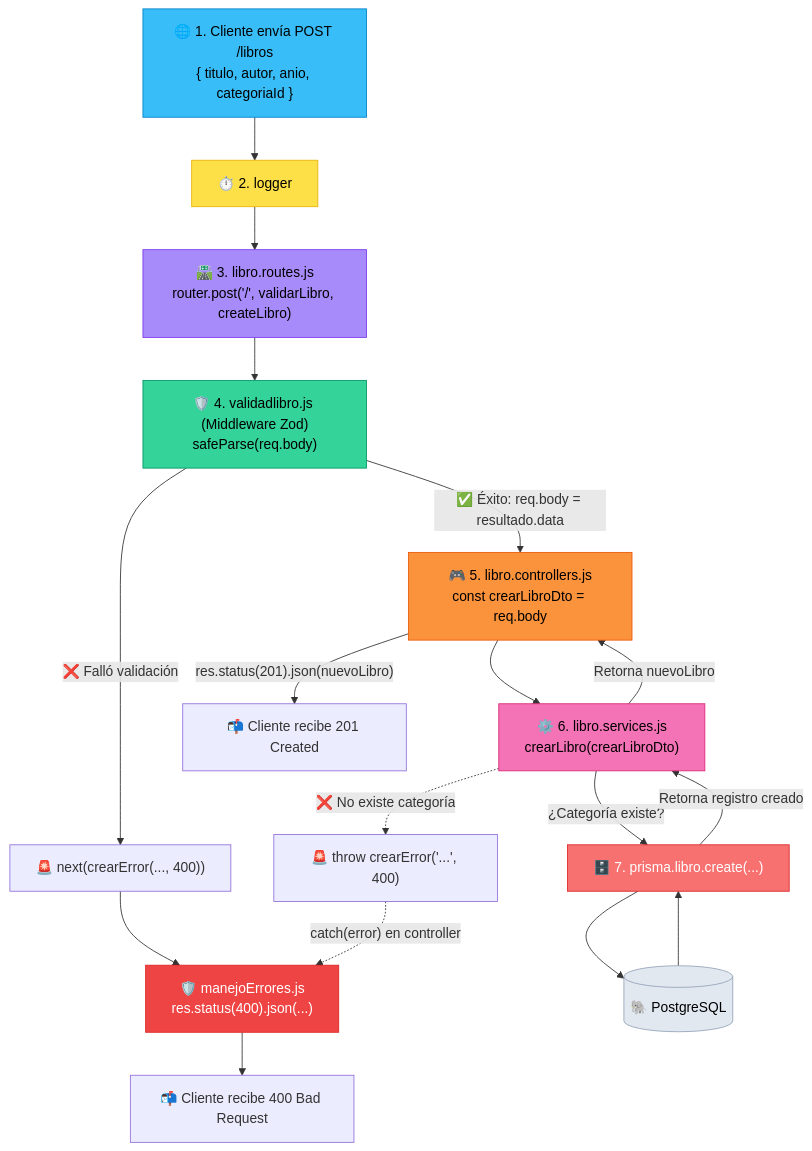
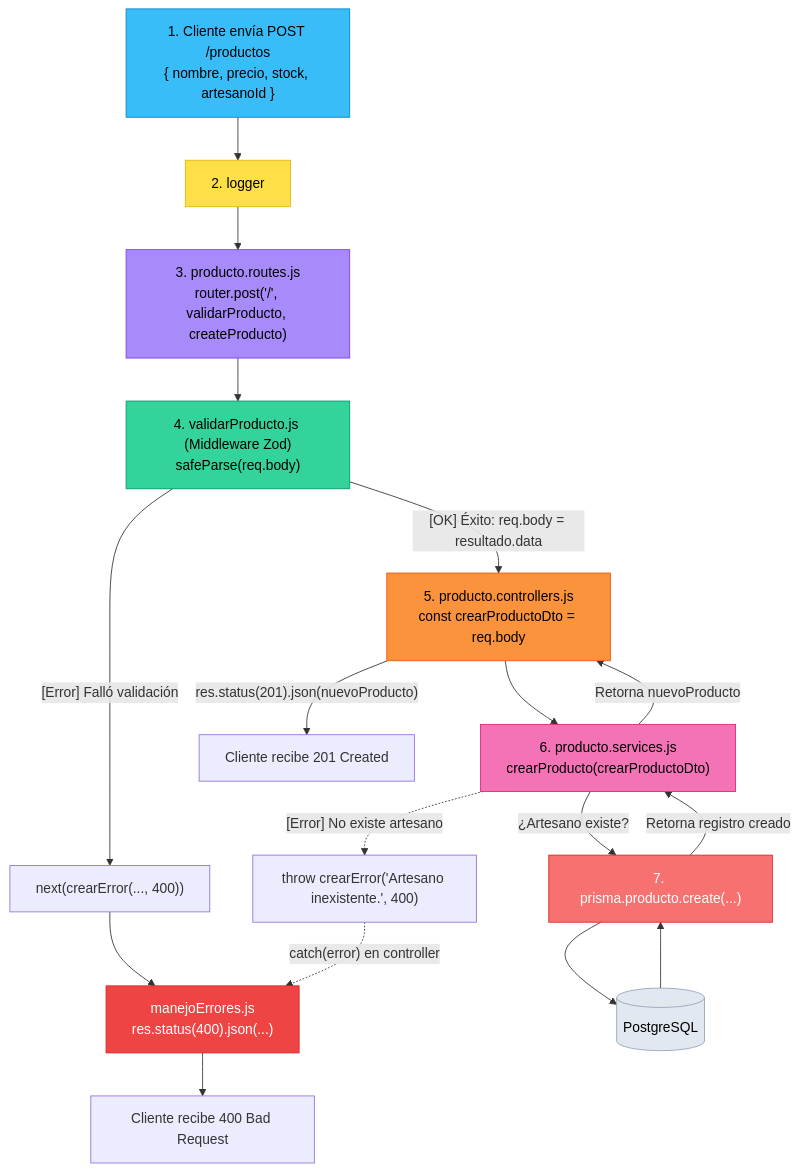
The second of 2 diagrams in documentacionPropia/flujoprograma.md (LeandroSoria24/Trabajo-de-Laboratorio-BACKEND-2026), drawn with Mermaid before and after one commit. The commit also changed other lines of this file and 8 other files, not shown here.

````diff
--- a/documentacionPropia/flujoprograma.md
+++ b/documentacionPropia/flujoprograma.md
@@ -90,35 +90,35 @@
 ```mermaid
 flowchart TD
-    CLI["🌐 1. Cliente envía POST /libros\n{ titulo, autor, anio, categoriaId }"] --> LOG["⏱️ 2. logger"]
-    LOG --> ROUTE["🛣️ 3. libro.routes.js\nrouter.post('/', validarLibro, createLibro)"]
+    CLI["1. Cliente envía POST /productos\n{ nombre, precio, stock, artesanoId }"] --> LOG["2. logger"]
+    LOG --> ROUTE["3. producto.routes.js\nrouter.post('/', validarProducto, createProducto)"]
     
-    ROUTE --> MW["🛡️ 4. validadlibro.js (Middleware Zod)\nsafeParse(req.body)"]
+    ROUTE --> MW["4. validarProducto.js (Middleware Zod)\nsafeParse(req.body)"]
     
-    MW -->|"❌ Falló validación"| ERR["🚨 next(crearError(..., 400))"]
-    ERR --> HANDLER["🛡️ manejoErrores.js\nres.status(400).json(...)"]
-    HANDLER --> RES_ERR["📬 Cliente recibe 400 Bad Request"]
+    MW -->|"[Error] Falló validación"| ERR["next(crearError(..., 400))"]
+    ERR --> HANDLER["manejoErrores.js\nres.status(400).json(...)"]
+    HANDLER --> RES_ERR["Cliente recibe 400 Bad Request"]
     
-    MW -->|"✅ Éxito: req.body = resultado.data"| CTRL["🎮 5. libro.controllers.js\nconst crearLibroDto = req.body"]
+    MW -->|"[OK] Éxito: req.body = resultado.data"| CTRL["5. producto.controllers.js\nconst crearProductoDto = req.body"]
     
-    CTRL --> SERV["⚙️ 6. libro.services.js\ncrearLibro(crearLibroDto)"]
+    CTRL --> SERV["6. producto.services.js\ncrearProducto(crearProductoDto)"]
     
-    SERV -->|"¿Categoría existe?"| PRISMA["🗄️ 7. prisma.libro.create(...)"]
-    SERV -.->|"❌ No existe categoría"| THROW["🚨 throw crearError('...', 400)"]
+    SERV -->|"¿Artesano existe?"| PRISMA["7. prisma.producto.create(...)"]
+    SERV -.->|"[Error] No existe artesano"| THROW["throw crearError('Artesano inexistente.', 400)"]
     THROW -.->|"catch(error) en controller"| HANDLER
     
-    PRISMA --> BD[("🐘 PostgreSQL")]
+    PRISMA --> BD[("PostgreSQL")]
     BD --> PRISMA
     PRISMA -->|"Retorna registro creado"| SERV
-    SERV -->|"Retorna nuevoLibro"| CTRL
-    CTRL -->|"res.status(201).json(nuevoLibro)"| RES_OK["📬 Cliente recibe 201 Created"]
+    SERV -->|"Retorna nuevoProducto"| CTRL
+    CTRL -->|"res.status(201).json(nuevoProducto)"| RES_OK["Cliente recibe 201 Created"]
 
     style CLI fill:#38bdf8,stroke:#0284c7,color:#000
     style LOG fill:#fde047,stroke:#eab308,color:#000
     style ROUTE fill:#a78bfa,stroke:#7c3aed,color:#000
     style MW fill:#34d399,stroke:#059669,color:#000
     style CTRL fill:#fb923c,stroke:#ea580c,color:#000
     style SERV fill:#f472b6,stroke:#db2777,color:#000
     style PRISMA fill:#f87171,stroke:#dc2626,color:#fff
     style BD fill:#e2e8f0,stroke:#94a3b8,color:#000
     style HANDLER fill:#ef4444,stroke:#dc2626,color:#fff
 ```
````
